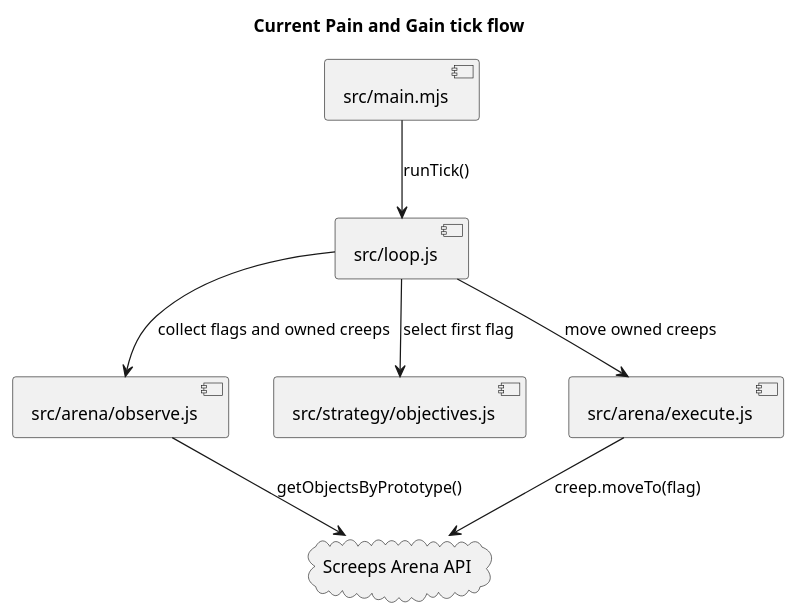
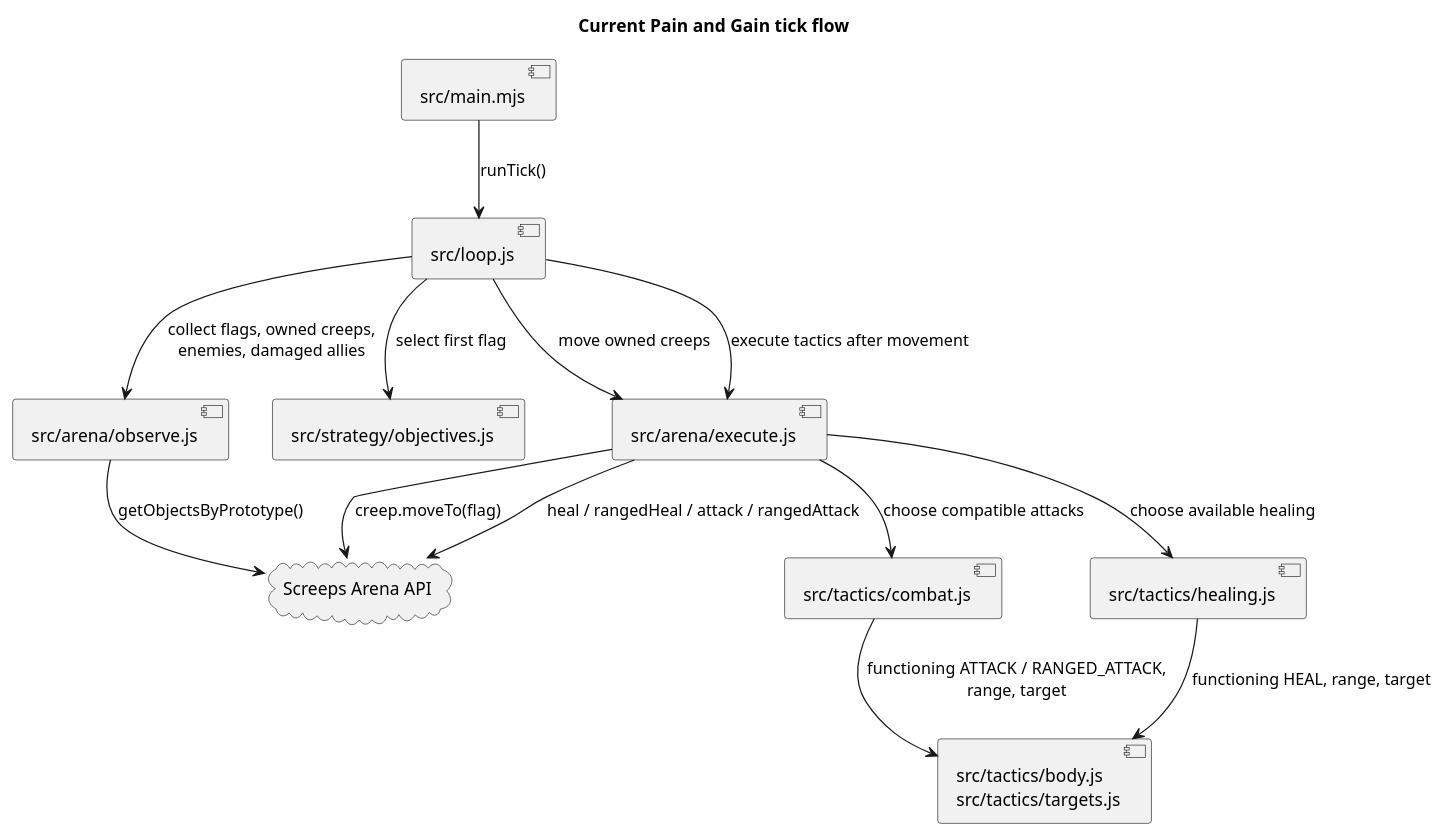
The diagram in docs/diagrams/tick-flow.puml (zolcsika71/pain_and_gain), drawn with PlantUML before and after one commit. The commit also changed 11 other files, not shown here.

Commit message:
Add basic combat and healing

```diff
--- a/docs/diagrams/tick-flow.puml
+++ b/docs/diagrams/tick-flow.puml
@@ -1,18 +1,27 @@
 @startuml
 title Current Pain and Gain tick flow
 
 component "src/main.mjs" as Main
 component "src/loop.js" as Loop
 component "src/arena/observe.js" as Observe
 component "src/strategy/objectives.js" as Objectives
 component "src/arena/execute.js" as Execute
+component "src/tactics/healing.js" as Healing
+component "src/tactics/combat.js" as Combat
+component "src/tactics/body.js\nsrc/tactics/targets.js" as Eligibility
 cloud "Screeps Arena API" as API
 
 Main --> Loop : runTick()
-Loop --> Observe : collect flags and owned creeps
+Loop --> Observe : collect flags, owned creeps,\nenemies, damaged allies
 Observe --> API : getObjectsByPrototype()
 Loop --> Objectives : select first flag
 Loop --> Execute : move owned creeps
 Execute --> API : creep.moveTo(flag)
+Loop --> Execute : execute tactics after movement
+Execute --> Healing : choose available healing
+Execute --> Combat : choose compatible attacks
+Healing --> Eligibility : functioning HEAL, range, target
+Combat --> Eligibility : functioning ATTACK / RANGED_ATTACK,\nrange, target
+Execute --> API : heal / rangedHeal / attack / rangedAttack
 
 @enduml
```
